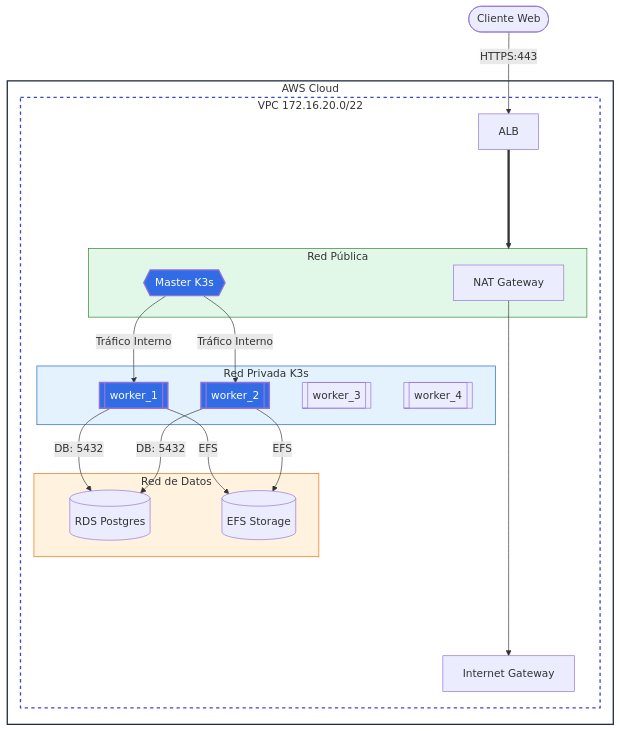
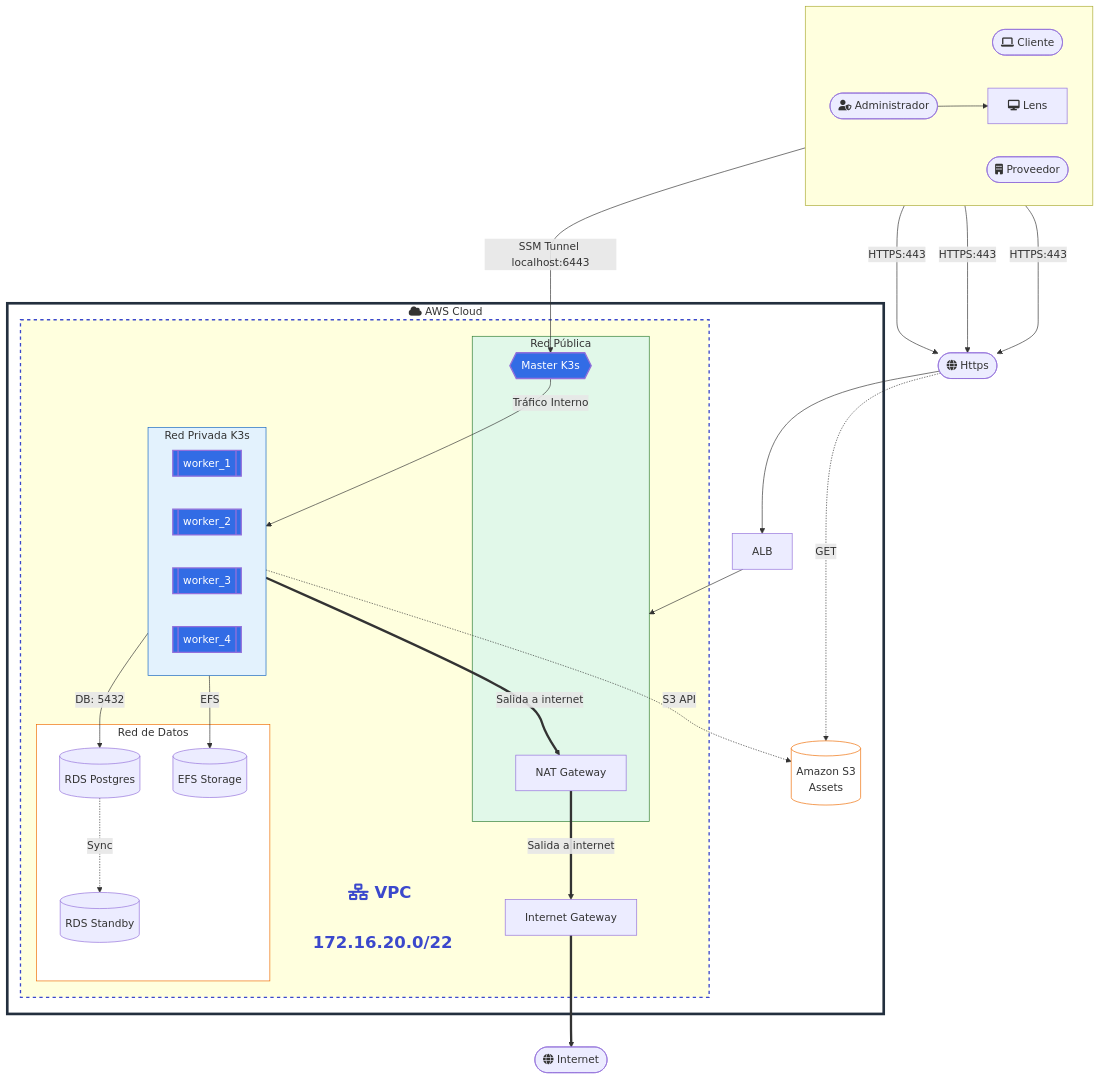
Before and after one commit to jquinterov-ITM/Proyecto-D-Una---InfraEstructura-con-Terraform: the diagram in Docs/diagrama.mmd, drawn with Mermaid. The commit also changed 3 other files, not shown here.

Commit message:
Organizando diagramas

```diff
--- a/Docs/diagrama.mmd
+++ b/Docs/diagrama.mmd
@@ -1,42 +1,70 @@
 flowchart TB
-    classDef cloud fill:#fff,stroke:#232F3E,stroke-width:2px;
-    classDef vpc fill:#fff,stroke:#3B48CC,stroke-width:2px,stroke-dasharray: 5 5;
+    classDef cloud fill:#fff,stroke:#232F3E,stroke-width:4px;
+    classDef vpc stroke:#3B48CC,stroke-width:2px,stroke-dasharray: 5 5;
     classDef pub fill:#e1f8e9,stroke:#2e7d32,stroke-width:1px;
     classDef priv fill:#e3f2fd,stroke:#1565c0,stroke-width:1px;
-    classDef db fill:#fff3e0,stroke:#ef6c00,stroke-width:1px;
+    classDef db fill:#fff,stroke:#ef6c00,stroke-width:1px;
     classDef k3s fill:#326ce5,color:#fff,stroke-width:2px;
+    classDef invisibleVPC fill:none,stroke:none,color:#3B48CC,font-weight:bold,font-size:25px;
 
-    Cliente([Cliente Web]) -- "HTTPS:443" --> ALB
 
-    subgraph AWS ["AWS Cloud"]
-        subgraph VPC ["VPC 172.16.20.0/22"]
-            ALB[ALB]
+    %% Usuarios 
+    subgraph Usuarios [ ]
+        direction LR
+        Cliente([fa:fa-laptop Cliente])
+        Proveedor([fa:fa-building Proveedor])
+        Administrador([fa:fa-user-shield Administrador])
+        Lens[fa:fa-desktop Lens]
+    end
+    
+    Cliente & Proveedor & Administrador -- "HTTPS:443" ---> HTTPS([fa:fa-globe Https])
+    
+    HTTPS --> ALB
+    
+    subgraph AWS ["fa:fa-cloud AWS Cloud"]
+        ALB[ALB]
+        S3[(Amazon S3<br/>Assets)]
+        
+        subgraph VPC [" "]
+            L2[fa:fa-network-wired VPC <br/> 172.16.20.0/22]:::invisibleVPC
+            
             subgraph PUB1 [Red Pública]
                 NAT1[NAT Gateway]
                 M1{{Master K3s}}
             end
             subgraph PRIV1 [Red Privada K3s]
                 W1[[worker_1]]
                 W2[[worker_2]]
                 W3[[worker_3]]
                 W4[[worker_4]]
             end
             subgraph DB_SUB1 [Red de Datos]
                 RDS[(RDS Postgres)]
+                RDS_S[(RDS Standby)]
                 EFS[(EFS Storage)]
             end
             IGW[Internet Gateway]
         end
     end
+    Internet([fa:fa-globe Internet])
 
-    ALB ====> PUB1
-    NAT1 ------> IGW
-    M1 -- "Tráfico Interno" --> W1 & W2
-    W1 -- "DB: 5432" --> RDS
-    W2 -- "DB: 5432" --> RDS
-    W1 -- "EFS" --> EFS
-    W2 -- "EFS" --> EFS
+    %% Administracion segura
+    Administrador --> Lens -- "SSM Tunnel localhost:6443" --> M1
 
-    class AWS cloud; class VPC vpc;
-    class PUB1 pub; class PRIV1 priv; class DB_SUB1 db;
-    class M1,W1,W2 k3s;
+    %% Conexiones de aplicacion
+    ALB --> PUB1
+    M1 -- "Tráfico Interno" --> PRIV1
+    PRIV1 -- "DB: 5432" --> RDS
+    RDS -. "Sync" .-> RDS_S
+    PRIV1 -- "EFS" --> EFS
+   
+
+    %% S3 Assets (GAP-INFRA-002)
+    PRIV1 -. "S3 API" .-> S3
+    HTTPS -. "GET" .-> S3
+
+    %% Salida a Internet restringida por NAT
+    PRIV1 ==Salida a internet==> NAT1 ==Salida a internet==> IGW ==> Internet
+
+    class AWS cloud; class VPC vpc; class PUB1 pub;
+    class PRIV1 priv; class DB_SUB1,S3 db; class M1,W1,W2,W3,W4 k3s;
```
